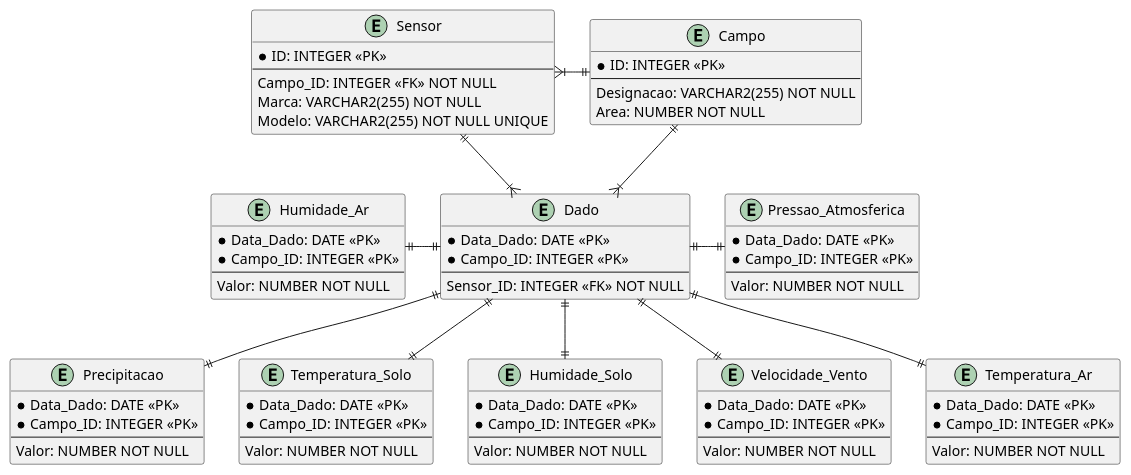
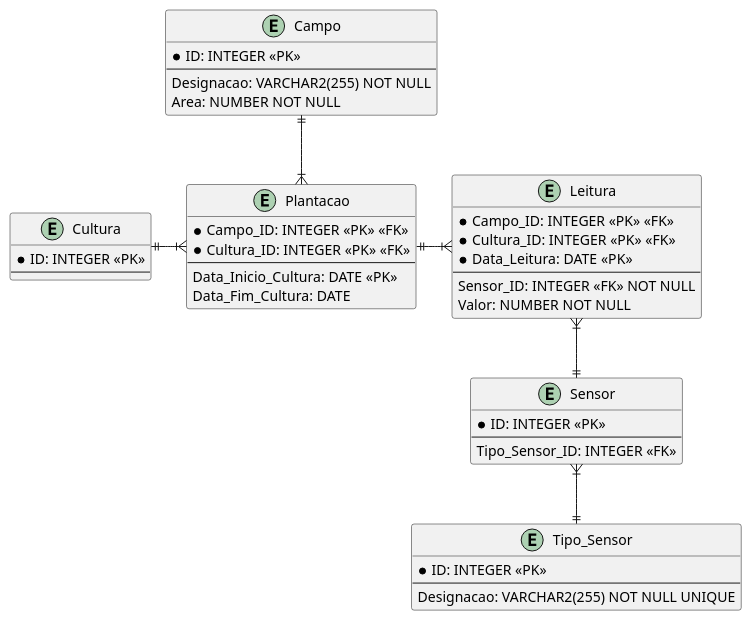
The diagram in BDDAD/Quinta-Estatística.puml (Mendoncaa/LAPR3), drawn with PlantUML before and after one commit. The commit also changed 1 other file, not shown here.

Commit message:
LAPR23G63-6 #comment Correção do Módulo "Quinta-Estatística" do Modelo Lógico;

```diff
--- a/BDDAD/Quinta-Estatística.puml
+++ b/BDDAD/Quinta-Estatística.puml
@@ -1,107 +1,63 @@
-@startuml Quinta Estatísticas
+@startuml Quinta-Estatística
 
 /'TODO #1:- Verificar se a Designação de um Campo é única e se estas 
 devem seguir um conjunto de regras;'/
 /'TODO #2:- Determinar o valor minímo de uma qualquer Área;'/
 /'Constraints:- [[Area, CHECK(Area > Mínimo)]]'/
 entity Campo {
     * ID: INTEGER <<PK>>
     --
     Designacao: VARCHAR2(255) NOT NULL
     Area: NUMBER NOT NULL
 }
 
+/'Triggers:-
+    #1: Verificar que uma Cultura não é simultaneamente uma Cultura_Temporaria
+    e Cultura_Permanente;'/
+entity Cultura {
+    * ID: INTEGER <<PK>>
+    --
+}
+
+/'Constraints:- [[Campo_ID, Data_Inicio_Cultura, UNIQUE(Campo_ID, Data_Inicio_Cultura)], 
+[Data_Fim_Cultura, CHECK(Data_Fim_Cultura < Data_Inicio_Cultura)]]'/
+entity Plantacao {
+    * Campo_ID: INTEGER <<PK>> <<FK>>
+    * Cultura_ID: INTEGER <<PK>> <<FK>>
+    --
+    Data_Inicio_Cultura: DATE <<PK>>
+    Data_Fim_Cultura: DATE
+}
+
+entity Tipo_Sensor {
+    * ID: INTEGER <<PK>>
+    --
+    Designacao: VARCHAR2(255) NOT NULL UNIQUE
+}
+
 entity Sensor {
     * ID: INTEGER <<PK>>
     --
-    Campo_ID: INTEGER <<FK>> NOT NULL
-    Marca: VARCHAR2(255) NOT NULL
-    Modelo: VARCHAR2(255) NOT NULL UNIQUE
+    Tipo_Sensor_ID: INTEGER <<FK>> 
 }
 
-/'Triggers:-
-    #1: Verificar que um dado Sensor não é utilizado para recolher 
-diferentes tipos de Dados;'/
-entity Dado {
-    * Data_Dado: DATE <<PK>>
-    * Campo_ID: INTEGER <<PK>>
+entity Leitura {
+    * Campo_ID: INTEGER <<PK>> <<FK>>
+    * Cultura_ID: INTEGER <<PK>> <<FK>>
+    * Data_Leitura: DATE <<PK>>
     --
     Sensor_ID: INTEGER <<FK>> NOT NULL
-}
-
-/'Constraints:- [[Valor. CHECK(0 =< Valor =< 180)]]'/
-entity Precipitacao {
-    * Data_Dado: DATE <<PK>>
-    * Campo_ID: INTEGER <<PK>>
-    --
     Valor: NUMBER NOT NULL
 }
 
-/'Constraints:- [[Valor. CHECK(-10 =< Valor =< 45)]]'/
-entity Temperatura_Solo {
-    * Data_Dado: DATE <<PK>>
-    * Campo_ID: INTEGER <<PK>>
-    --
-    Valor: NUMBER NOT NULL
-}
+Campo ||-d-|{ Plantacao
 
-/'Constraints:- [[Valor. CHECK(0 =< Valor =< 100)]]'/
-entity Humidade_Solo {
-    * Data_Dado: DATE <<PK>>
-    * Campo_ID: INTEGER <<PK>>
-    --
-    Valor: NUMBER NOT NULL
-}
+Cultura ||-r-|{ Plantacao
 
-/'Constraints:- [[Valor. CHECK(0 =< Valor =< 40)]]'/
-entity Velocidade_Vento {
-    * Data_Dado: DATE <<PK>>
-    * Campo_ID: INTEGER <<PK>>
-    --
-    Valor: NUMBER NOT NULL
-}
+Plantacao ||-r-|{ Leitura
 
-/'Constraints:- [[Valor. CHECK(-6 =< Valor =< 40)]]'/
-entity Temperatura_Ar {
-    * Data_Dado: DATE <<PK>>
-    * Campo_ID: INTEGER <<PK>>
-    --
-    Valor: NUMBER NOT NULL
-}
+Tipo_Sensor ||-u-|{ Sensor
 
-/'Constraints:- [[Valor. CHECK(0 =< Valor =< 100)]]'/
-entity Humidade_Ar {
-    * Data_Dado: DATE <<PK>>
-    * Campo_ID: INTEGER <<PK>>
-    --
-    Valor: NUMBER NOT NULL
-}
-
-/'Constraints:- [[Valor. CHECK(950 =< Valor =< 1040)]]'/
-entity Pressao_Atmosferica {
-    * Data_Dado: DATE <<PK>>
-    * Campo_ID: INTEGER <<PK>>
-    --
-    Valor: NUMBER NOT NULL
-}
-
-Campo ||-l-|{ Sensor
-Campo ||-d-|{ Dado
-
-Sensor ||-d-|{ Dado
-
-Precipitacao ||-u-|| Dado
-
-Temperatura_Solo ||-u-|| Dado
-
-Humidade_Solo ||-u-|| Dado
-
-Velocidade_Vento ||-u-|| Dado
-
-Temperatura_Ar ||-u-|| Dado
-
-Humidade_Ar ||-r-|| Dado
-
-Pressao_Atmosferica ||-l-|| Dado
+Sensor ||-u-|{ Leitura
 
 @enduml
```
